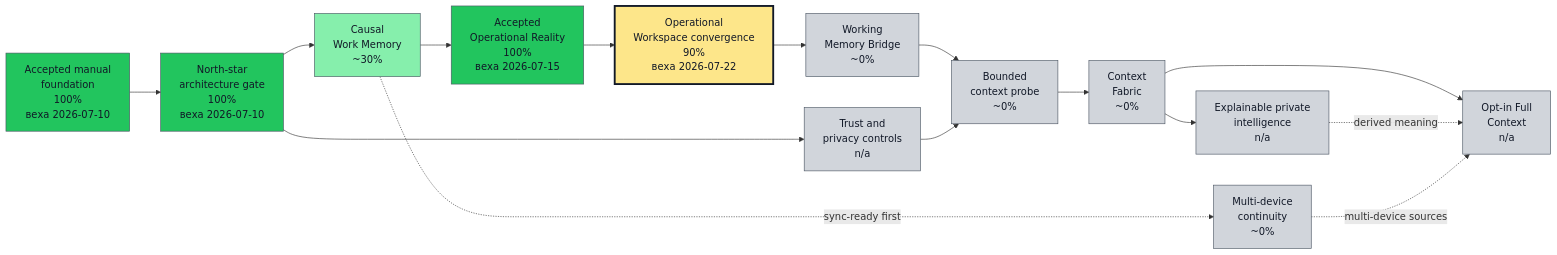
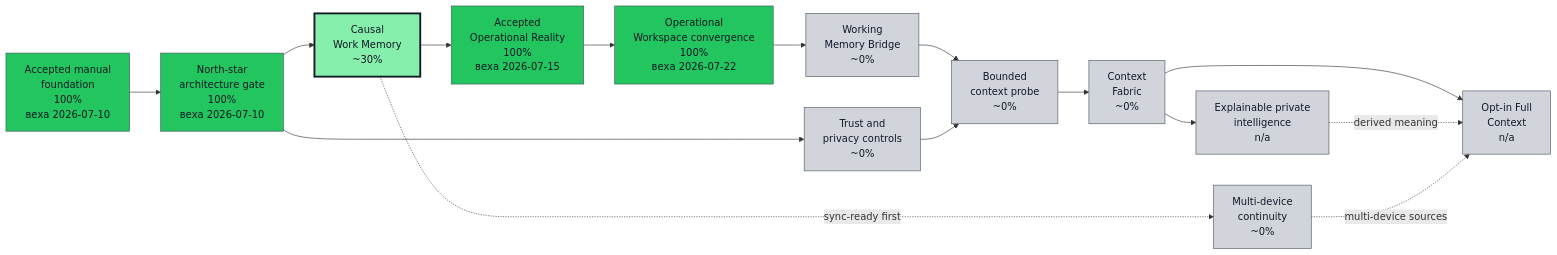
One commit to asukhodko/timeskein changed the first of 2 diagrams in docs/roadmap/opskarta.md. Above: the diagram before and after it, drawn with Mermaid. The commit also changed other lines of this file and 47 other files, not shown here.

Commit message:
feat: accept operational workspace v1

````diff
--- a/docs/roadmap/opskarta.md
+++ b/docs/roadmap/opskarta.md
@@ -52,53 +54,53 @@
 ```mermaid
 flowchart LR
 
     classDef exec_done fill:#22c55e,stroke:#4b5563,color:#111827,stroke-width:1px
     classDef exec_in_progress fill:#0ea5e9,stroke:#4b5563,color:#111827,stroke-width:1px
     classDef exec_blocked fill:#fecaca,stroke:#4b5563,color:#111827,stroke-width:1px
     classDef exec_not_started fill:#9ca3af,stroke:#4b5563,color:#111827,stroke-width:1px
     classDef exec_mgmt_green fill:#86efac,stroke:#4b5563,color:#111827,stroke-width:1px
     classDef exec_mgmt_yellow fill:#fde68a,stroke:#4b5563,color:#111827,stroke-width:1px
     classDef exec_mgmt_red fill:#fca5a5,stroke:#4b5563,color:#111827,stroke-width:1px
     classDef exec_mgmt_neutral fill:#d1d5db,stroke:#4b5563,color:#111827,stroke-width:1px
 
     accepted_foundation["Accepted manual<br/>foundation<br/>100%<br/>веха 2026-07-10"]
     class accepted_foundation exec_done
     architecture_gate["North-star<br/>architecture gate<br/>100%<br/>веха 2026-07-10"]
     class architecture_gate exec_done
     causal_memory["Causal<br/>Work Memory<br/>~30%"]
     class causal_memory exec_mgmt_green
+    style causal_memory stroke:#111827,stroke-width:3px
     current_steering["Accepted<br/>Operational Reality<br/>100%<br/>веха 2026-07-15"]
     class current_steering exec_done
-    operational_workspace["Operational<br/>Workspace convergence<br/>90%<br/>веха 2026-07-22"]
-    class operational_workspace exec_mgmt_yellow
-    style operational_workspace stroke:#111827,stroke-width:3px
+    operational_workspace["Operational<br/>Workspace convergence<br/>100%<br/>веха 2026-07-22"]
+    class operational_workspace exec_done
     working_memory["Working<br/>Memory Bridge<br/>~0%"]
     class working_memory exec_mgmt_neutral
-    trust_controls["Trust and<br/>privacy controls<br/>n/a"]
+    trust_controls["Trust and<br/>privacy controls<br/>~0%"]
     class trust_controls exec_mgmt_neutral
     bounded_context_probe["Bounded<br/>context probe<br/>~0%"]
     class bounded_context_probe exec_mgmt_neutral
     context_fabric["Context<br/>Fabric<br/>~0%"]
     class context_fabric exec_mgmt_neutral
     private_intelligence["Explainable private<br/>intelligence<br/>n/a"]
     class private_intelligence exec_mgmt_neutral
     continuity["Multi-device<br/>continuity<br/>~0%"]
     class continuity exec_mgmt_neutral
     full_context["Opt-in Full<br/>Context<br/>n/a"]
     class full_context exec_mgmt_neutral
 
     accepted_foundation --> architecture_gate
     architecture_gate --> causal_memory
     causal_memory --> current_steering
     current_steering --> operational_workspace
     operational_workspace --> working_memory
     architecture_gate --> trust_controls
     working_memory --> bounded_context_probe
     trust_controls --> bounded_context_probe
     bounded_context_probe --> context_fabric
     context_fabric --> private_intelligence
     causal_memory -. sync-ready first .-> continuity
     context_fabric --> full_context
     private_intelligence -. derived meaning .-> full_context
     continuity -. multi-device sources .-> full_context
 ```
````
